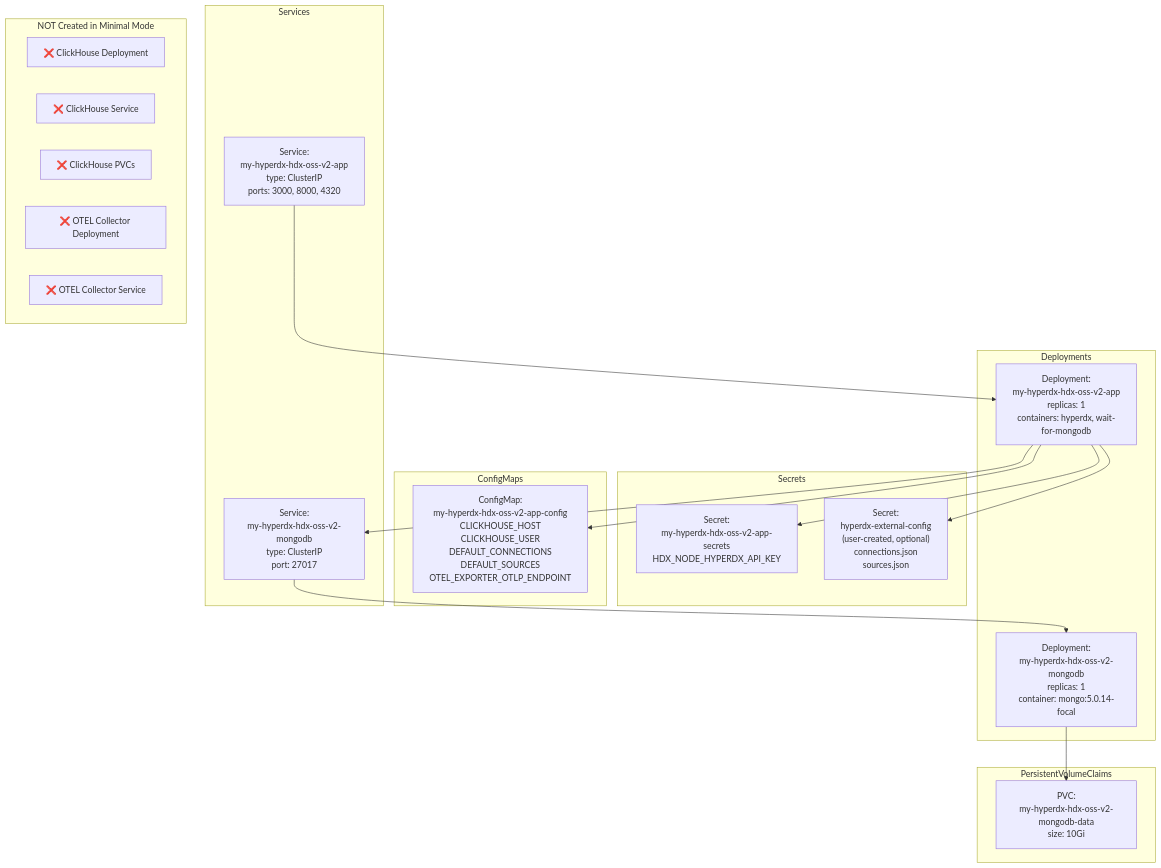
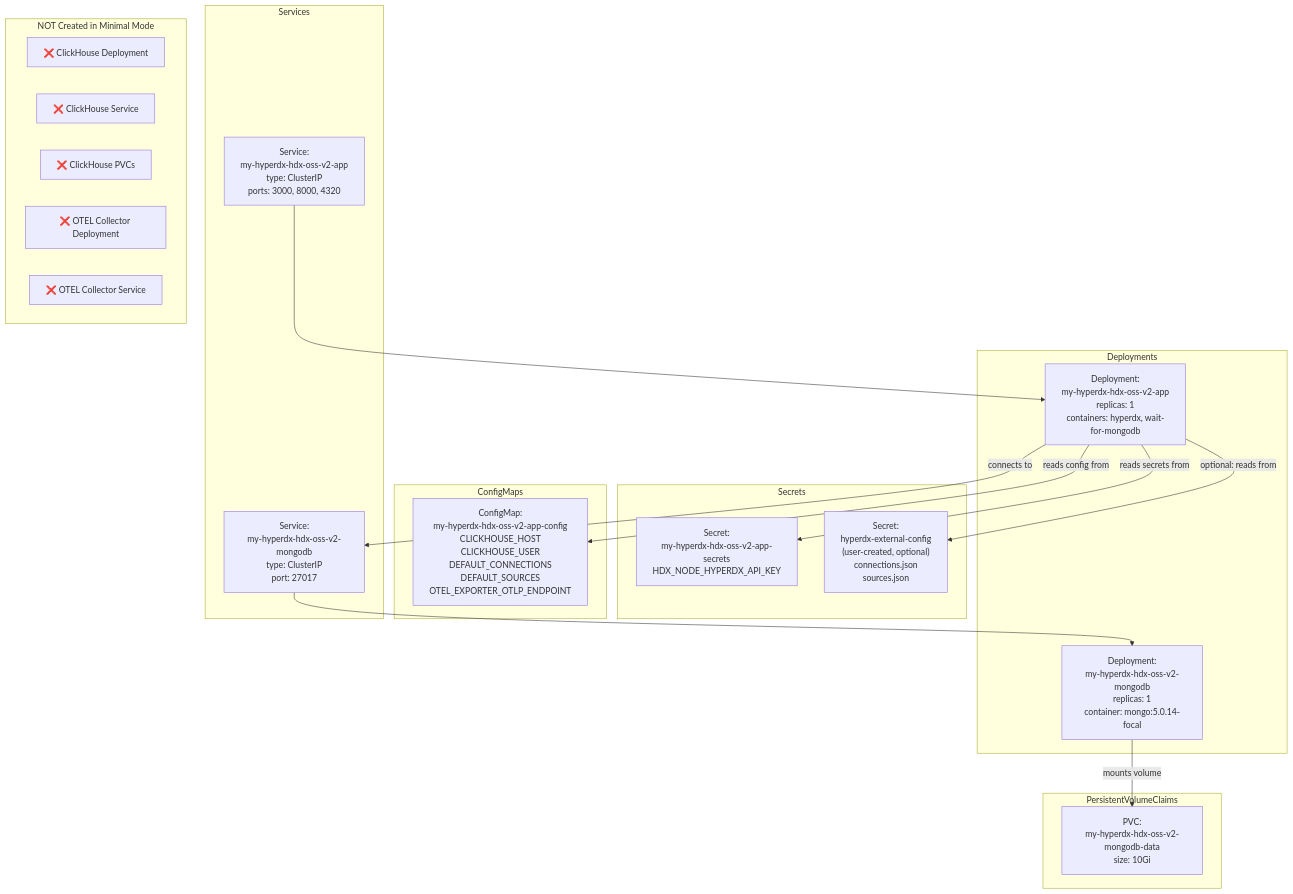
One commit to openchoreo/openchoreo changed the fourth of 5 diagrams in docs/hyperdxio-helm-charts-docs/Minimal-Deployment.md. Above: the diagram before and after it, drawn with Mermaid. The commit also changed other lines of this file and 85 other files, not shown here.

Commit message:
feat: Add new workflow and specification templates, update Helm chart dependencies, and clarify documentation diagrams.

````diff
--- a/docs/hyperdxio-helm-charts-docs/Minimal-Deployment.md
+++ b/docs/hyperdxio-helm-charts-docs/Minimal-Deployment.md
@@ -542,56 +542,56 @@
 ```mermaid
 flowchart TD
 
 NoClickHouse["❌ ClickHouse Deployment"]
 NoClickHouseService["❌ ClickHouse Service"]
 NoClickHousePVC["❌ ClickHouse PVCs"]
 NoOTEL["❌ OTEL Collector Deployment"]
 NoOTELService["❌ OTEL Collector Service"]
 AppDeployment["Deployment:<br>my-hyperdx-hdx-oss-v2-app<br>replicas: 1<br>containers: hyperdx, wait-for-mongodb"]
 MongoDeployment["Deployment:<br>my-hyperdx-hdx-oss-v2-mongodb<br>replicas: 1<br>container: mongo:5.0.14-focal"]
 AppService["Service:<br>my-hyperdx-hdx-oss-v2-app<br>type: ClusterIP<br>ports: 3000, 8000, 4320"]
 MongoService["Service:<br>my-hyperdx-hdx-oss-v2-mongodb<br>type: ClusterIP<br>port: 27017"]
 AppConfig["ConfigMap:<br>my-hyperdx-hdx-oss-v2-app-config<br>CLICKHOUSE_HOST<br>CLICKHOUSE_USER<br>DEFAULT_CONNECTIONS<br>DEFAULT_SOURCES<br>OTEL_EXPORTER_OTLP_ENDPOINT"]
 AppSecrets["Secret:<br>my-hyperdx-hdx-oss-v2-app-secrets<br>HDX_NODE_HYPERDX_API_KEY"]
 ExternalSecret["Secret:<br>hyperdx-external-config<br>(user-created, optional)<br>connections.json<br>sources.json"]
 MongoPVC["PVC:<br>my-hyperdx-hdx-oss-v2-mongodb-data<br>size: 10Gi"]
 
-AppDeployment --> AppConfig
-AppDeployment --> AppSecrets
-AppDeployment --> ExternalSecret
-AppDeployment --> MongoService
-MongoDeployment --> MongoPVC
+AppDeployment -->|"reads config from"| AppConfig
+AppDeployment -->|"reads secrets from"| AppSecrets
+AppDeployment -->|"optional: reads from"| ExternalSecret
+AppDeployment -->|"connects to"| MongoService
+MongoDeployment -->|"mounts volume"| MongoPVC
 MongoService --> MongoDeployment
 AppService --> AppDeployment
 
 subgraph PersistentVolumeClaims ["PersistentVolumeClaims"]
     MongoPVC
 end
 
 subgraph Secrets ["Secrets"]
     AppSecrets
     ExternalSecret
 end
 
 subgraph ConfigMaps ["ConfigMaps"]
     AppConfig
 end
 
 subgraph Services ["Services"]
     AppService
     MongoService
 end
 
 subgraph Deployments ["Deployments"]
     AppDeployment
     MongoDeployment
 end
 
 subgraph subGraph5 ["NOT Created in Minimal Mode"]
     NoClickHouse
     NoClickHouseService
     NoClickHousePVC
     NoOTEL
     NoOTELService
 end
 ```
````
